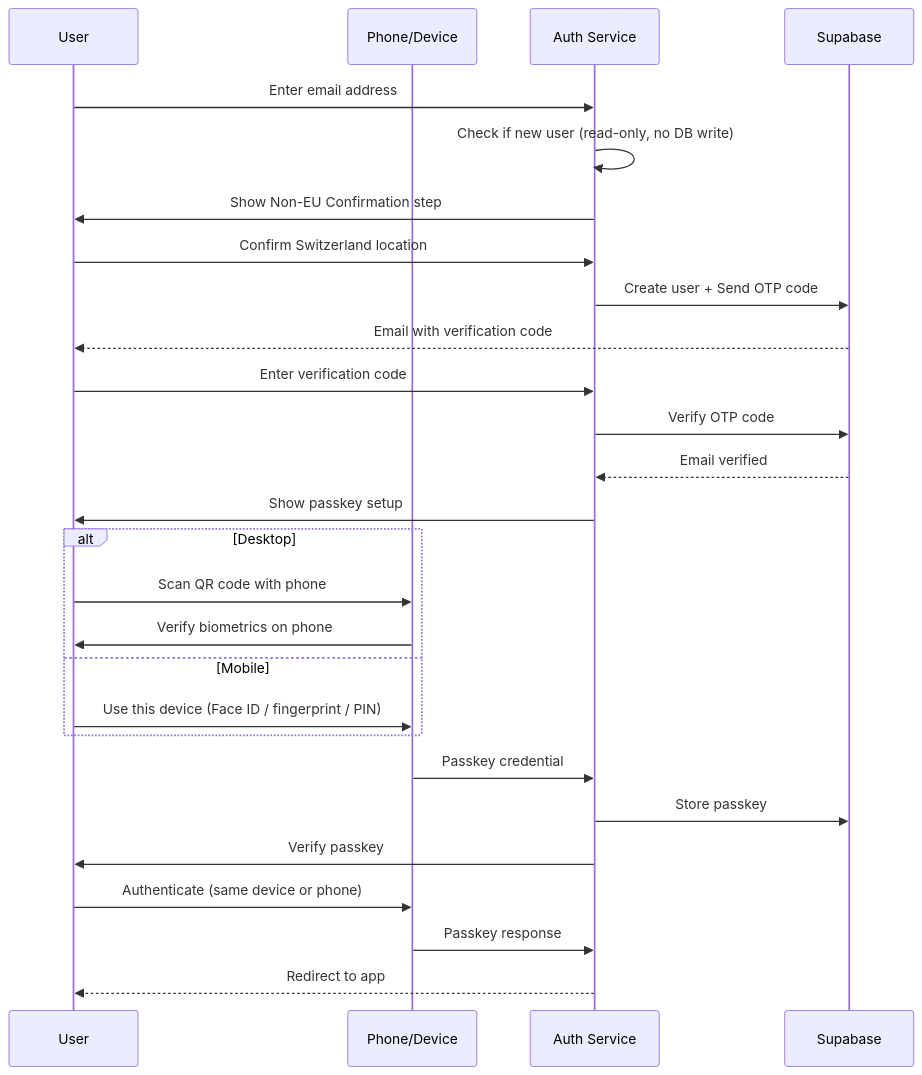
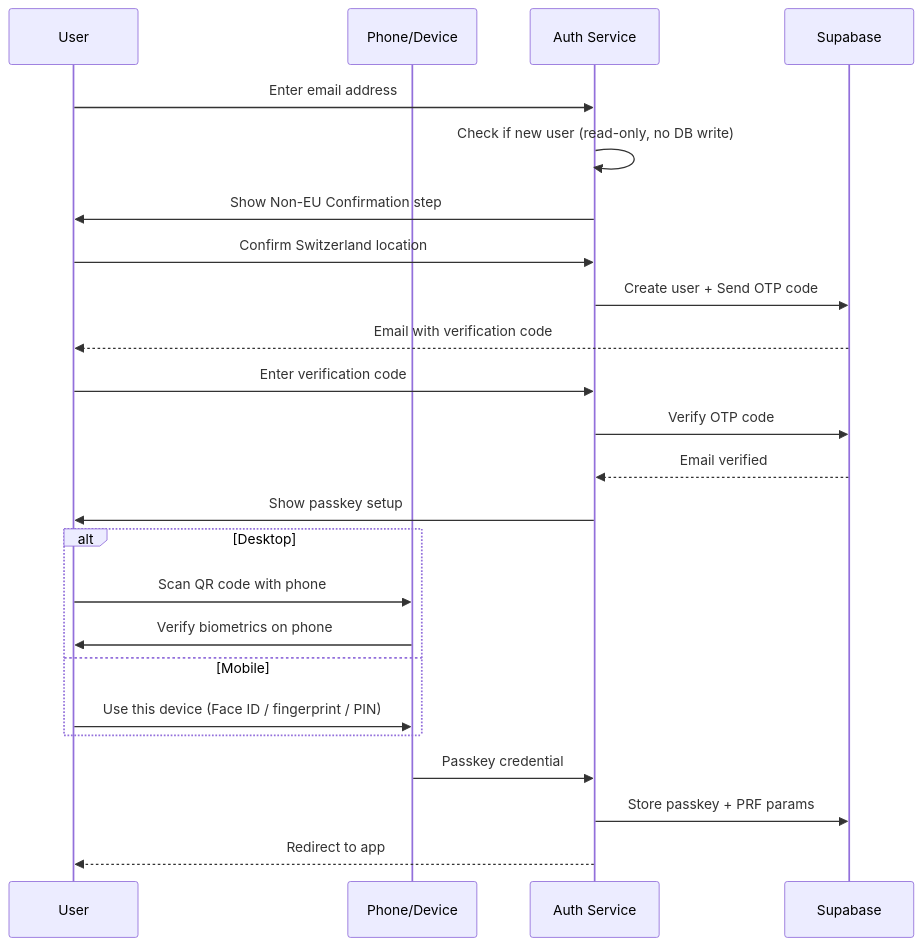
Before and after one commit to CasparRubin/helvety: the first of 2 diagrams in apps/auth/README.md, drawn with Mermaid. The commit also changed other lines of this file and 20 other files, not shown here.

First line of the commit message:
feat: streamline auth flow, smaller comment headers, overdue badge (v2.4.0)

````diff
--- a/apps/auth/README.md
+++ b/apps/auth/README.md
@@ -65,30 +65,27 @@
 ```mermaid
 sequenceDiagram
     participant U as User
     participant P as Phone/Device
     participant A as Auth Service
     participant S as Supabase
 
     U->>A: Enter email address
     A->>A: Check if new user (read-only, no DB write)
     A->>U: Show Non-EU Confirmation step
     U->>A: Confirm Switzerland location
     A->>S: Create user + Send OTP code
     S-->>U: Email with verification code
     U->>A: Enter verification code
     A->>S: Verify OTP code
     S-->>A: Email verified
     A->>U: Show passkey setup
     alt Desktop
       U->>P: Scan QR code with phone
       P->>U: Verify biometrics on phone
     else Mobile
       U->>P: Use this device (Face ID / fingerprint / PIN)
     end
     P->>A: Passkey credential
-    A->>S: Store passkey
-    A->>U: Verify passkey
-    U->>P: Authenticate (same device or phone)
-    P->>A: Passkey response
+    A->>S: Store passkey + PRF params
     A-->>U: Redirect to app
 ```
````
